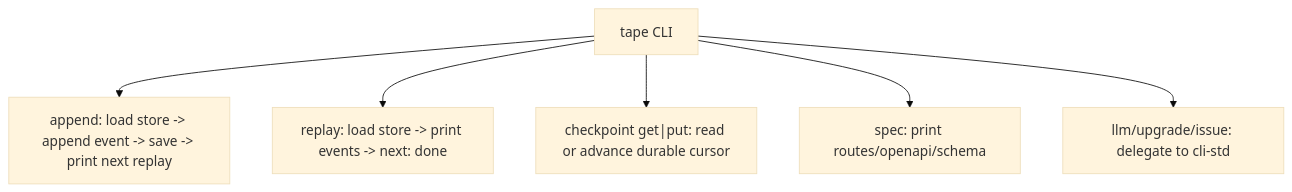
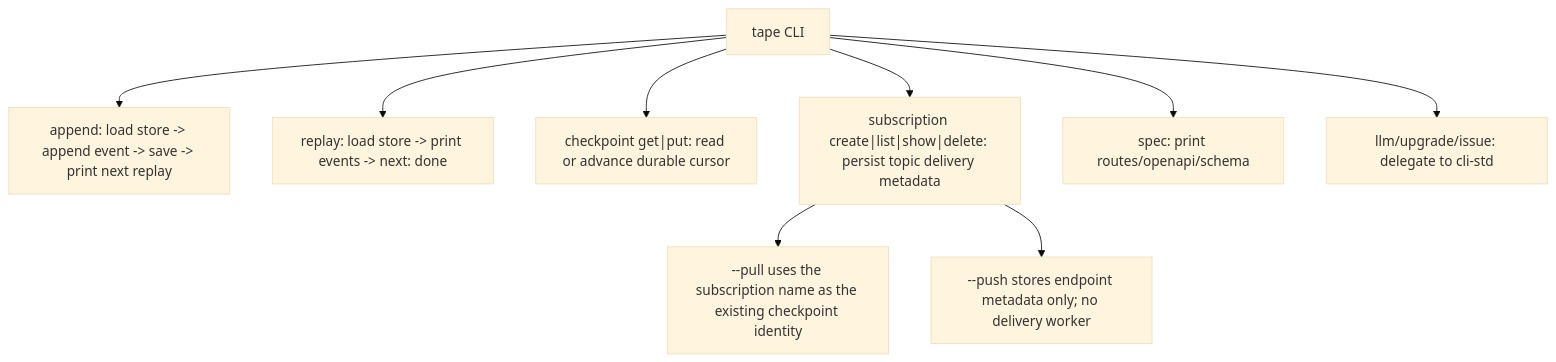
The first of 2 diagrams in apps/tape/tech-design/semantic/source/apps-tape-src-bin-tape-rs.md (chrischeng-c4/axiom), drawn with Mermaid (base theme) before and after one commit. The commit also changed other lines of this file and 4 other files, not shown here.

````diff
--- a/apps/tape/tech-design/semantic/source/apps-tape-src-bin-tape-rs.md
+++ b/apps/tape/tech-design/semantic/source/apps-tape-src-bin-tape-rs.md
@@ -38,11 +44,14 @@
 ```mermaid
 ---
 id: tape-td-flow
 ---
 flowchart TD
     cli["tape CLI"] --> append["append: load store -> append event -> save -> print next replay"]
     cli --> replay["replay: load store -> print events -> next: done"]
     cli --> checkpoint["checkpoint get|put: read or advance durable cursor"]
+    cli --> subscription["subscription create|list|show|delete: persist topic delivery metadata"]
+    subscription --> pull["--pull uses the subscription name as the existing checkpoint identity"]
+    subscription --> push["--push stores endpoint metadata only; no delivery worker"]
     cli --> spec["spec: print routes/openapi/schema"]
     cli --> std["llm/upgrade/issue: delegate to cli-std"]
 ```
````
